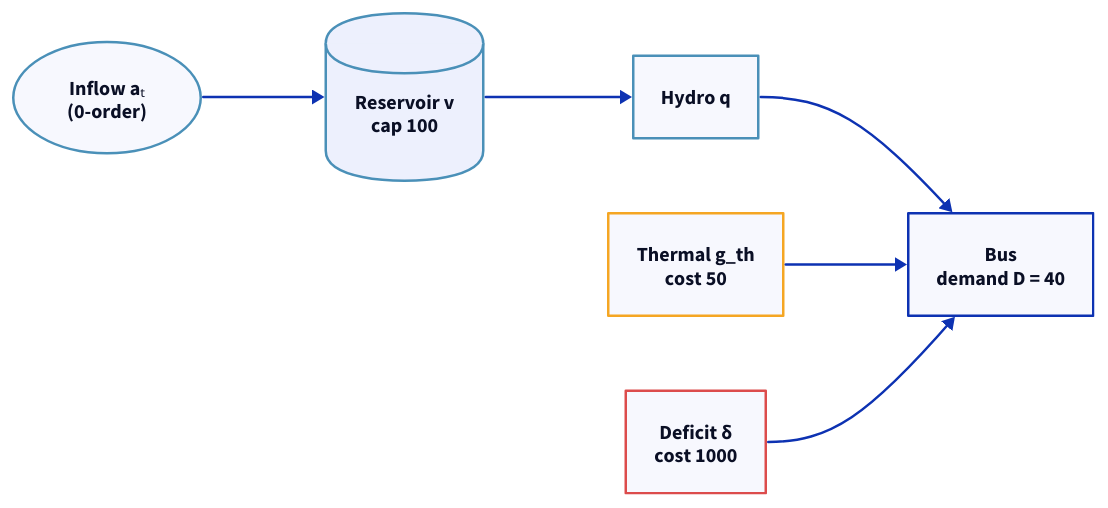
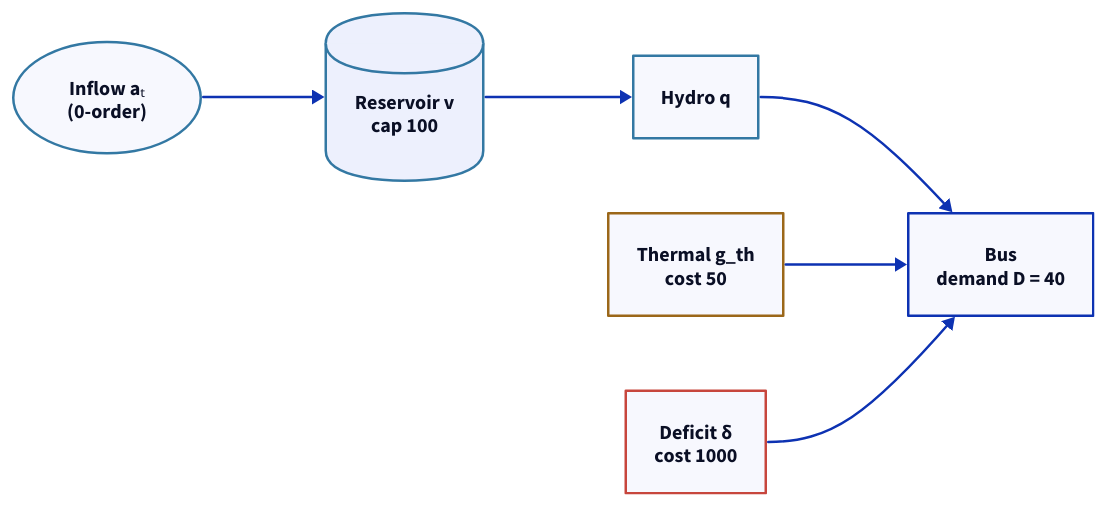
One commit to ons-ccee-epe/novomodelo-docs changed the diagram in src/content/docs/examples/toy-single-reservoir.mdx. Above: the diagram before and after it, drawn with D2. The commit also changed 31 other files, not shown here.

First line of the commit message:
feat(ui): give diagrams, charts, entities and asides the element palette

````diff
--- a/src/content/docs/examples/toy-single-reservoir.mdx
+++ b/src/content/docs/examples/toy-single-reservoir.mdx
@@ -45,21 +45,21 @@
 ```d2
 direction: right
 
 classes: {
-  hydro: {style: {stroke: "#4a90b8"}}
-  thermal: {style: {stroke: "#f5a623"}}
-  deficit: {style: {stroke: "#dc4c4c"}}
+  hydro: {style: {stroke: "#3378a3"}}
+  thermal: {style: {stroke: "#9b6719"}}
+  deficit: {style: {stroke: "#c7463d"}}
 }
 
 inf: "Inflow aₜ\n(0-order)" {shape: oval; class: hydro}
 res: "Reservoir v\ncap 100" {shape: cylinder; class: hydro}
 gen: Hydro q {class: hydro}
 th: "Thermal g_th\ncost 50" {class: thermal}
 def: "Deficit δ\ncost 1000" {class: deficit}
 bus: "Bus\ndemand D = 40"
 
 inf -> res
 res -> gen -> bus
 th -> bus
 def -> bus
 ```
````
